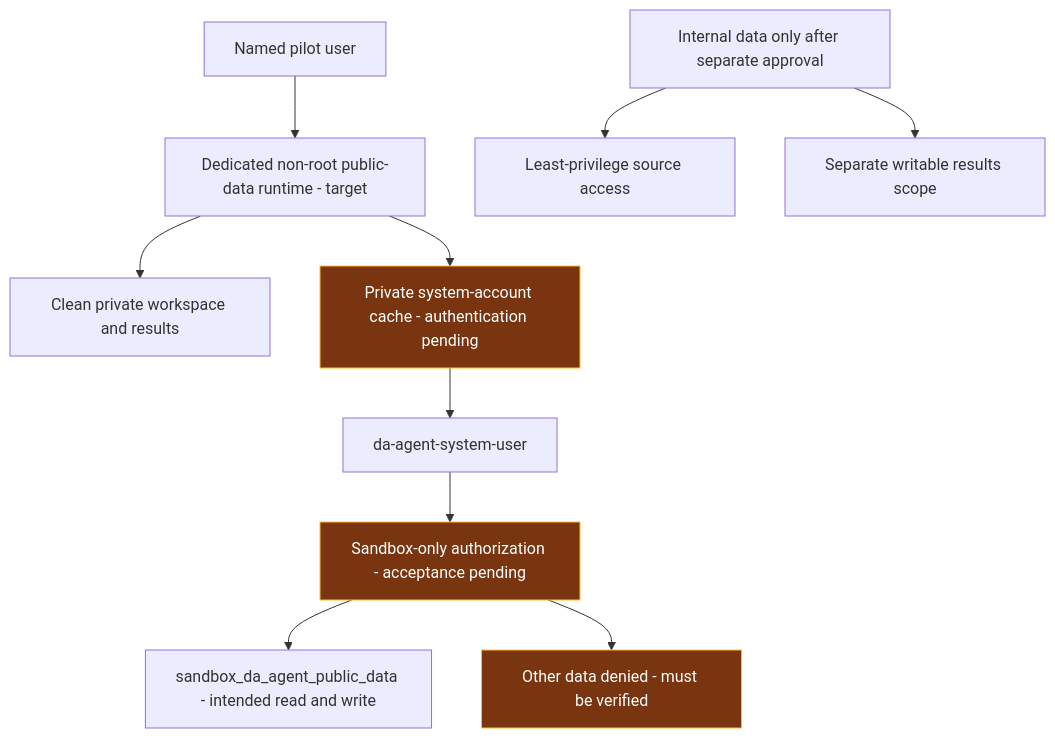
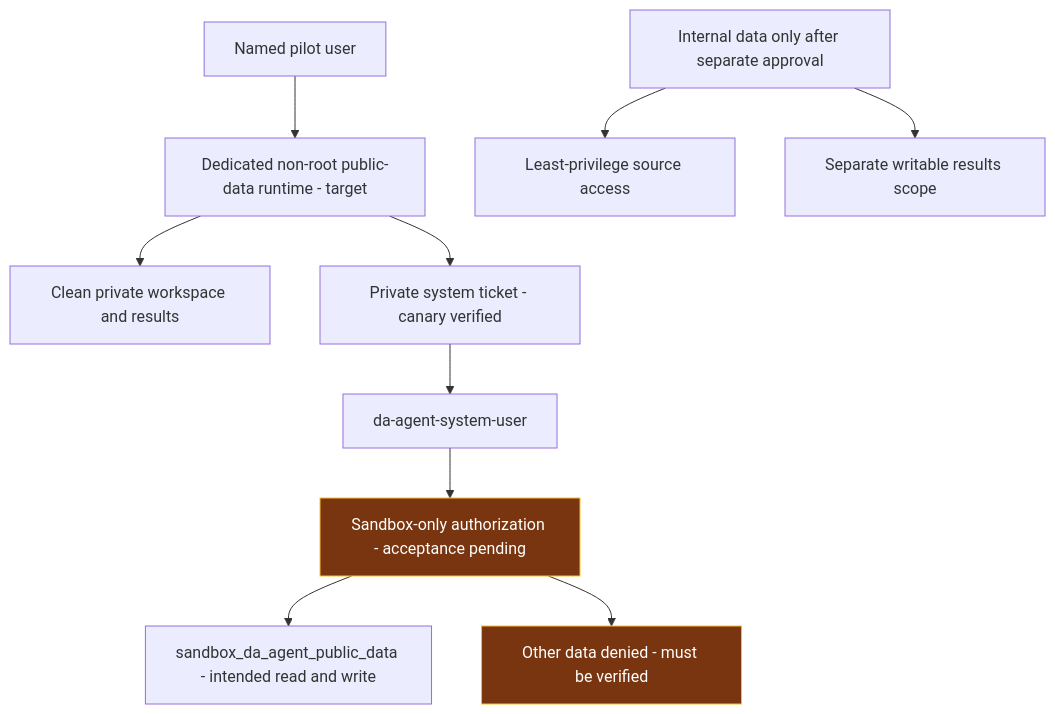
The second of 3 diagrams in docs/DSH_RDT_PILOT_SECURITY_CONTROL_ASSESSMENT.md (skunpoj/dsh_setup), drawn with Mermaid before and after one commit. The commit also changed other lines of this file and 14 other files, not shown here.

Commit message:
Record bounded inference stress and authenticated system-account pilot tests

````diff
--- a/docs/DSH_RDT_PILOT_SECURITY_CONTROL_ASSESSMENT.md
+++ b/docs/DSH_RDT_PILOT_SECURITY_CONTROL_ASSESSMENT.md
@@ -98,14 +100,14 @@
 ```mermaid
 flowchart TB
  A[Named pilot user] --> X[Dedicated non-root public-data runtime - target]
  X --> W[Clean private workspace and results]
- X --> K[Private system-account cache - authentication pending]
+ X --> K[Private system ticket - canary verified]
  K --> P[da-agent-system-user]
  P --> D[Sandbox-only authorization - acceptance pending]
  D --> Q[sandbox_da_agent_public_data - intended read and write]
  D --> N[Other data denied - must be verified]
  T[Internal data only after separate approval] --> V[Least-privilege source access]
  T --> O[Separate writable results scope]
  classDef pending fill:#78350f,stroke:#fbbf24,color:#ffffff
- class K,D,N pending
+ class D,N pending
 ```
````
